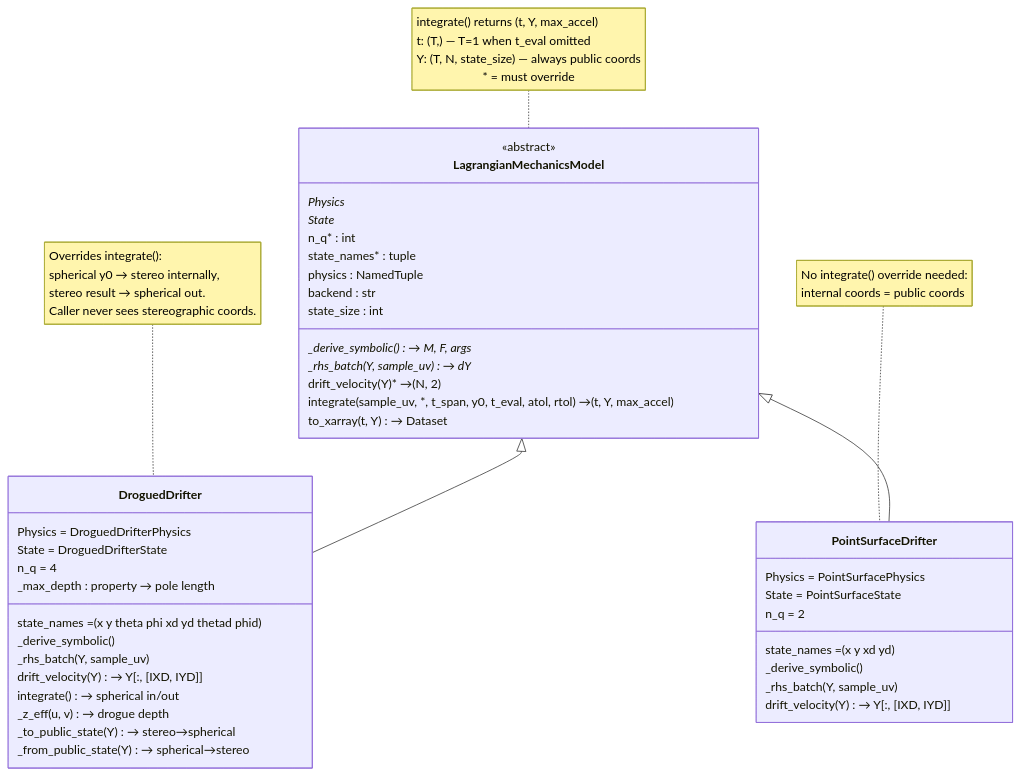
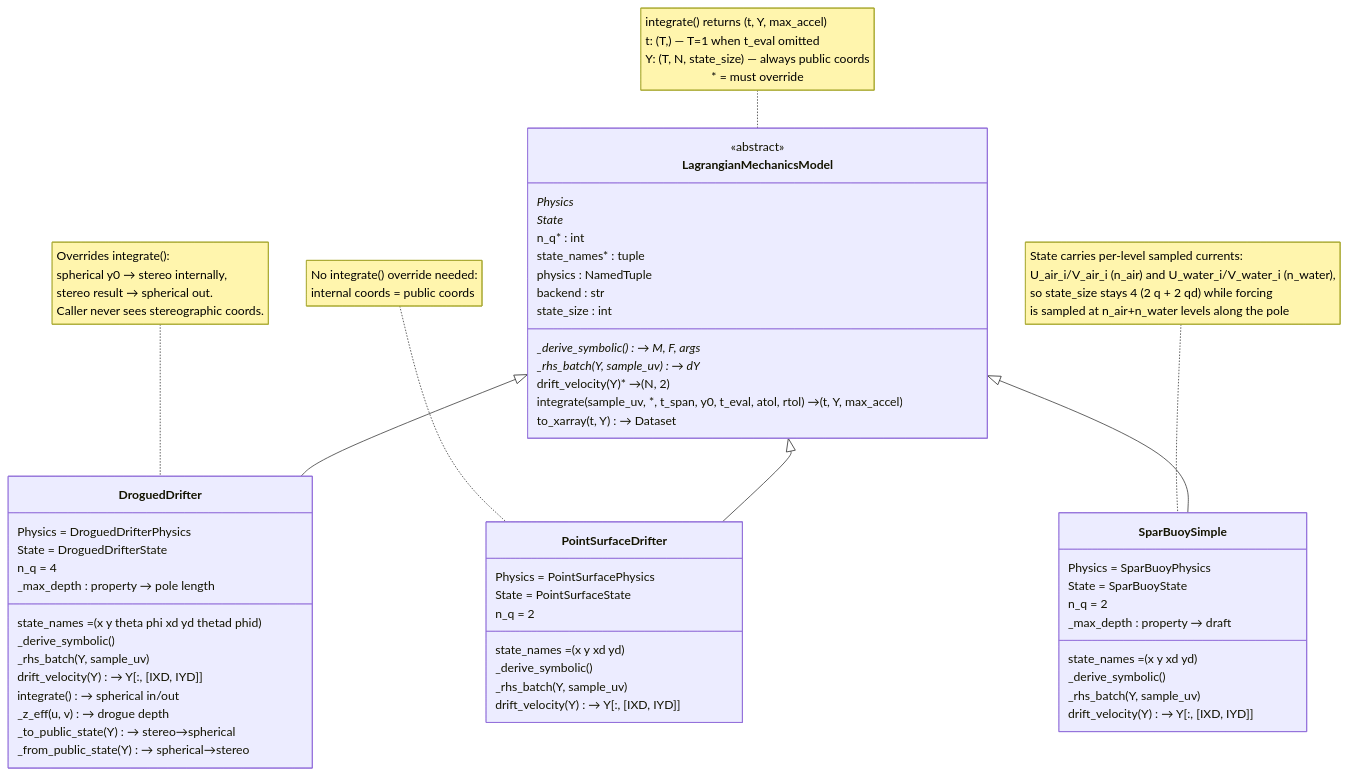
Before and after one commit to geomar-od-lagrange/mechanical_drifters: the first of 2 diagrams in docs/class-diagram.md, drawn with Mermaid. The commit also changed 17 other files, not shown here.

First line of the commit message:
Add Spar-Buoy Model (#21)

````diff
--- a/docs/class-diagram.md
+++ b/docs/class-diagram.md
@@ -5,58 +5,74 @@
 ```mermaid
 classDiagram
     direction TB
 
     class LagrangianMechanicsModel {
         <<abstract>>
         Physics*
         State*
         n_q* : int
         state_names* : tuple
         physics : NamedTuple
         backend : str
         state_size : int
         _derive_symbolic()* → M, F, args
         _rhs_batch(Y, sample_uv)* → dY
         drift_velocity(Y)* → (N, 2)
         integrate(sample_uv, *, t_span, y0, t_eval, atol, rtol) → (t, Y, max_accel)
         to_xarray(t, Y) → Dataset
     }
     note for LagrangianMechanicsModel "integrate() returns (t, Y, max_accel)
 t: (T,) — T=1 when t_eval omitted
 Y: (T, N, state_size) — always public coords
 * = must override"
 
     class DroguedDrifter {
         Physics = DroguedDrifterPhysics
         State = DroguedDrifterState
         n_q = 4
         state_names = (x y theta phi xd yd thetad phid)
         _derive_symbolic()
         _rhs_batch(Y, sample_uv)
         drift_velocity(Y) → Y[:, [IXD, IYD]]
         integrate() → spherical in/out
         _z_eff(u, v) → drogue depth
         _max_depth : property → pole length
         _to_public_state(Y) → stereo→spherical
         _from_public_state(Y) → spherical→stereo
     }
     note for DroguedDrifter "Overrides integrate():
 spherical y0 → stereo internally,
 stereo result → spherical out.
 Caller never sees stereographic coords."
 
     class PointSurfaceDrifter {
         Physics = PointSurfacePhysics
         State = PointSurfaceState
         n_q = 2
         state_names = (x y xd yd)
         _derive_symbolic()
         _rhs_batch(Y, sample_uv)
         drift_velocity(Y) → Y[:, [IXD, IYD]]
     }
     note for PointSurfaceDrifter "No integrate() override needed:
 internal coords = public coords"
 
+    class SparBuoySimple {
+        Physics = SparBuoyPhysics
+        State = SparBuoyState
+        n_q = 2
+        state_names = (x y xd yd)
+        _derive_symbolic()
+        _rhs_batch(Y, sample_uv)
+        drift_velocity(Y) → Y[:, [IXD, IYD]]
+        _max_depth : property → draft
+    }
+    note for SparBuoySimple "State carries per-level sampled currents:
+U_air_i/V_air_i (n_air) and U_water_i/V_water_i (n_water),
+so state_size stays 4 (2 q + 2 qd) while forcing
+is sampled at n_air+n_water levels along the pole"
+
     LagrangianMechanicsModel <|-- DroguedDrifter
     LagrangianMechanicsModel <|-- PointSurfaceDrifter
+    LagrangianMechanicsModel <|-- SparBuoySimple
 ```
````
